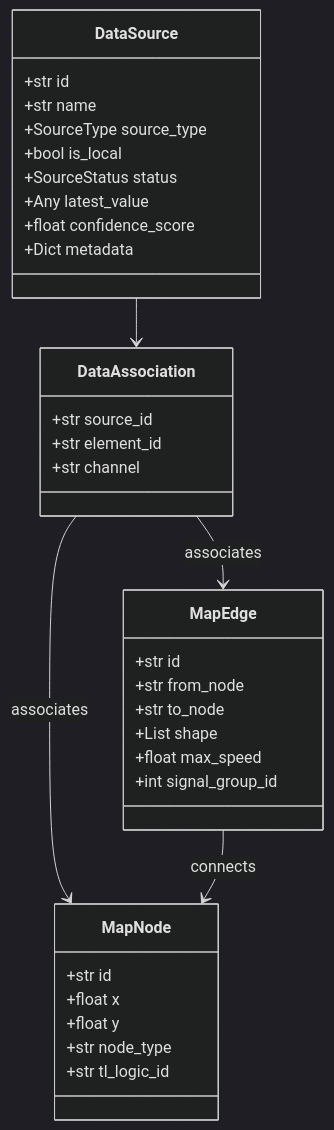
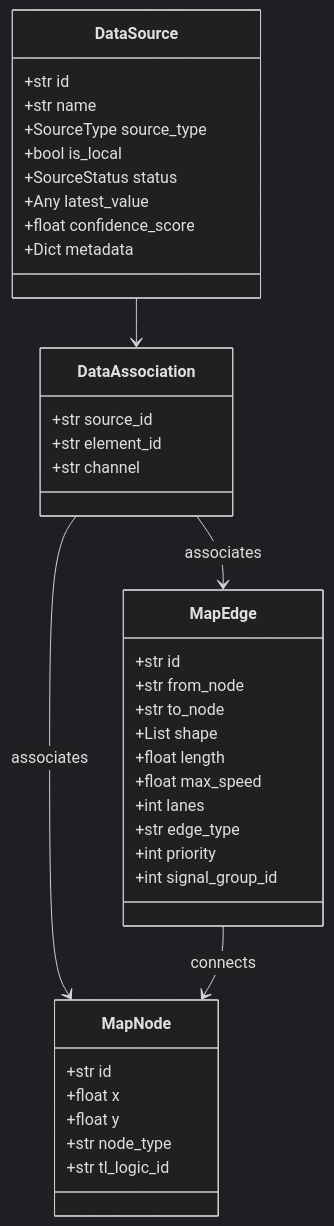
One commit to Noxfort-Systems-Brazil/SYNAPSE changed the first of 2 diagrams in docs/01_domain_entities.md. Above: the diagram before and after it, drawn with Mermaid (dark theme). The commit also changed other lines of this file and 79 other files, not shown here.

````diff
--- a/docs/01_domain_entities.md
+++ b/docs/01_domain_entities.md
@@ -16,37 +16,41 @@
 ```mermaid
 classDiagram
     class MapNode {
         +str id
         +float x
         +float y
         +str node_type
         +str tl_logic_id
     }
     class MapEdge {
         +str id
         +str from_node
         +str to_node
         +List shape
+        +float length
         +float max_speed
+        +int lanes
+        +str edge_type
+        +int priority
         +int signal_group_id
     }
     class DataSource {
         +str id
         +str name
         +SourceType source_type
         +bool is_local
         +SourceStatus status
         +Any latest_value
         +float confidence_score
         +Dict metadata
     }
     class DataAssociation {
         +str source_id
         +str element_id
         +str channel
     }
     DataSource --> DataAssociation
     DataAssociation --> MapNode : associates
     DataAssociation --> MapEdge : associates
     MapEdge --> MapNode : connects
 ```
````
